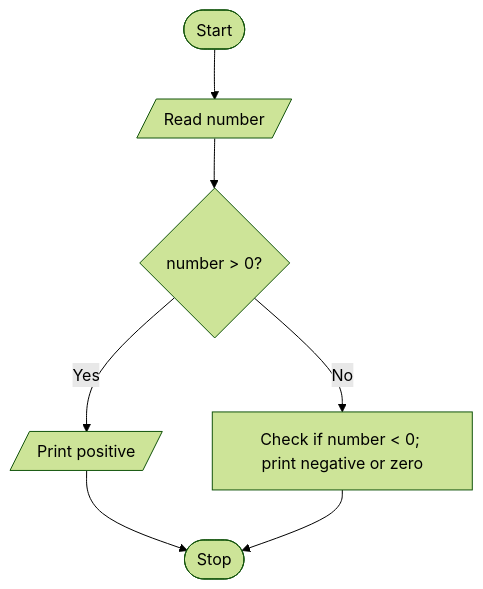
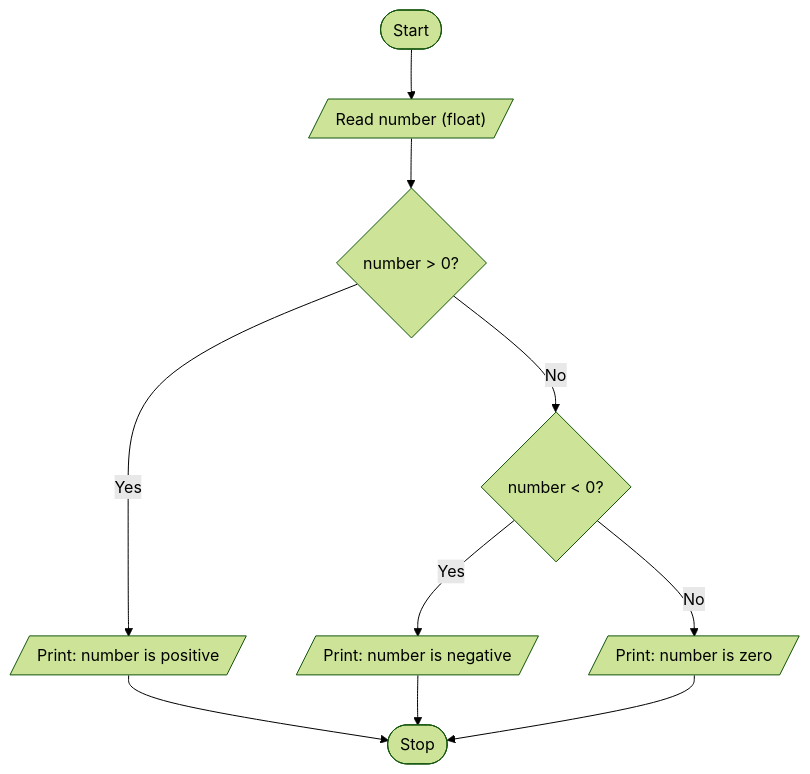
Before and after one commit to asvnphanindra/2026-27_PythonProgrammingCourse: the diagram in .faculty/observations/u2a3pnz.md, drawn with Mermaid (forest theme). The commit also changed 20 other files, not shown here.

Commit message:
Expand Full-observation flowcharts with step-by-step Mermaid detail.

````diff
--- a/.faculty/observations/u2a3pnz.md
+++ b/.faculty/observations/u2a3pnz.md
@@ -44,15 +44,16 @@
 ```mermaid
 flowchart TD
-    S(["Start"])
-    A0[/"Read number"/]
-    D{"number > 0?"}
-    Y0[/"Print positive"/]
-    N0["Check if number < 0; print negative or zero"]
-    E(["Stop"])
-    S --> A0
-    A0 --> D
-    D -->|Yes| Y0
-    D -->|No| N0
-    Y0 --> E
-    N0 --> E
+Start(["Start"])
+R1[/"Read number (float)"/]
+D1{"number > 0?"}
+D2{"number < 0?"}
+Pos[/"Print: number is positive"/]
+Neg[/"Print: number is negative"/]
+Zero[/"Print: number is zero"/]
+Stop(["Stop"])
+Start --> R1 --> D1
+D1 -->|Yes| Pos --> Stop
+D1 -->|No| D2
+D2 -->|Yes| Neg --> Stop
+D2 -->|No| Zero --> Stop
 ```
````
